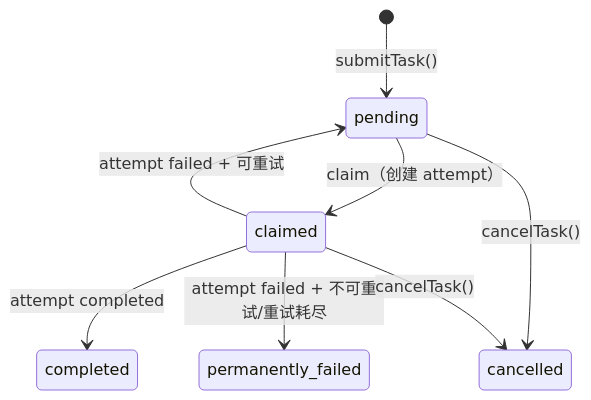
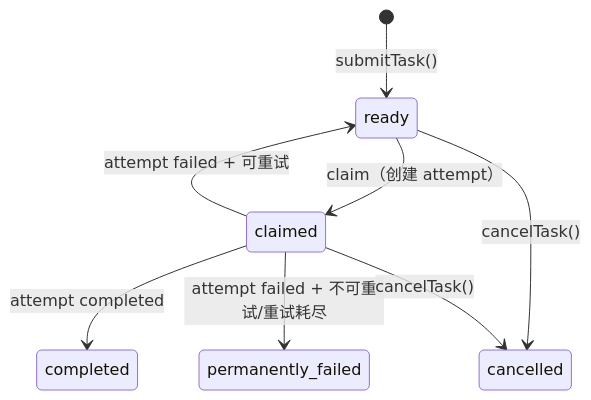
The third of 4 diagrams in docs/design-docs/scheduler.md (YoungerYang-Y/ai-sdlc-platform), drawn with Mermaid before and after one commit. The commit also changed other lines of this file, not shown here.

Commit message:
docs(design-docs): 对齐 scheduler.md 与 infra-postgres.md 的术语和 schema

````diff
--- a/docs/design-docs/scheduler.md
+++ b/docs/design-docs/scheduler.md
@@ -132,10 +132,10 @@
 ```mermaid
 stateDiagram-v2
-    [*] --> pending: submitTask()
-    pending --> claimed: claim（创建 attempt）
-    claimed --> pending: attempt failed + 可重试
+    [*] --> ready: submitTask()
+    ready --> claimed: claim（创建 attempt）
+    claimed --> ready: attempt failed + 可重试
     claimed --> completed: attempt completed
     claimed --> permanently_failed: attempt failed + 不可重试/重试耗尽
-    pending --> cancelled: cancelTask()
+    ready --> cancelled: cancelTask()
     claimed --> cancelled: cancelTask()
 ```
````
